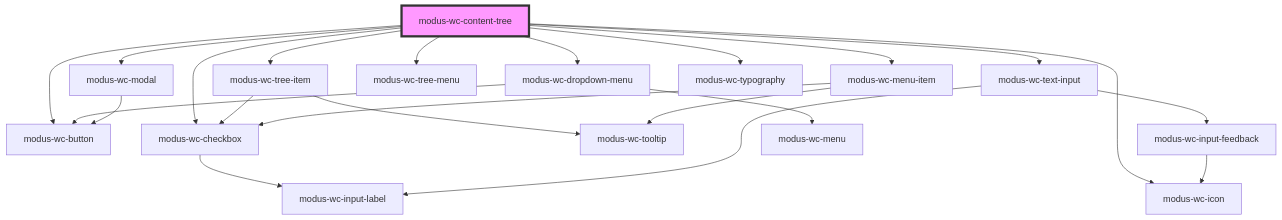
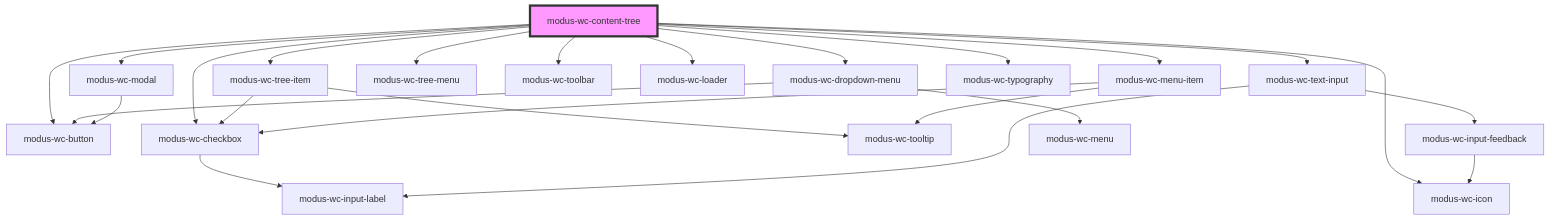
Before and after one commit to trimble-oss/modus-wc-2.0: the diagram in src/components/modus-wc-content-tree/readme.md, drawn with Mermaid. The commit also changed other lines of this file and 8 other files, not shown here.

````diff
--- a/src/components/modus-wc-content-tree/readme.md
+++ b/src/components/modus-wc-content-tree/readme.md
@@ -63,25 +74,27 @@
 ```mermaid
 graph TD;
   modus-wc-content-tree --> modus-wc-tree-item
   modus-wc-content-tree --> modus-wc-button
   modus-wc-content-tree --> modus-wc-icon
   modus-wc-content-tree --> modus-wc-checkbox
   modus-wc-content-tree --> modus-wc-text-input
   modus-wc-content-tree --> modus-wc-dropdown-menu
   modus-wc-content-tree --> modus-wc-menu-item
   modus-wc-content-tree --> modus-wc-tree-menu
+  modus-wc-content-tree --> modus-wc-toolbar
+  modus-wc-content-tree --> modus-wc-loader
   modus-wc-content-tree --> modus-wc-modal
   modus-wc-content-tree --> modus-wc-typography
   modus-wc-tree-item --> modus-wc-checkbox
   modus-wc-tree-item --> modus-wc-tooltip
   modus-wc-checkbox --> modus-wc-input-label
   modus-wc-text-input --> modus-wc-input-label
   modus-wc-text-input --> modus-wc-input-feedback
   modus-wc-input-feedback --> modus-wc-icon
   modus-wc-dropdown-menu --> modus-wc-button
   modus-wc-dropdown-menu --> modus-wc-menu
   modus-wc-menu-item --> modus-wc-checkbox
   modus-wc-menu-item --> modus-wc-tooltip
   modus-wc-modal --> modus-wc-button
   style modus-wc-content-tree fill:#f9f,stroke:#333,stroke-width:4px
 ```
````
